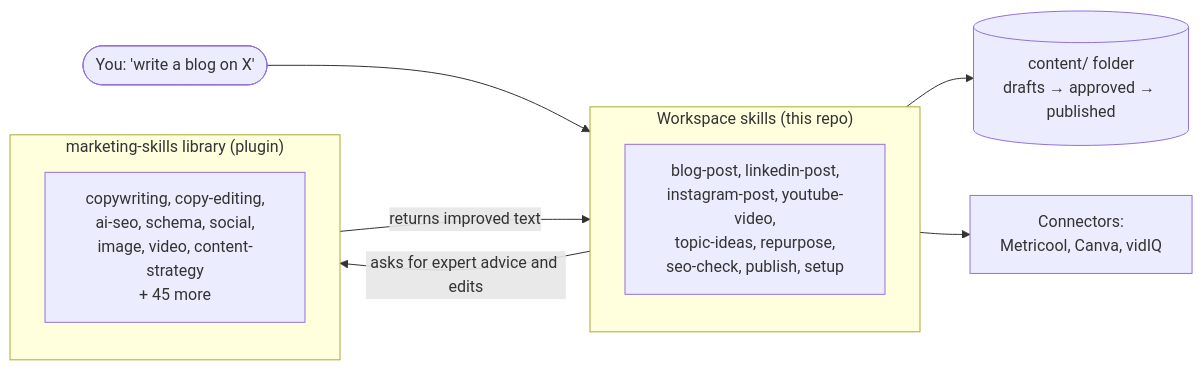
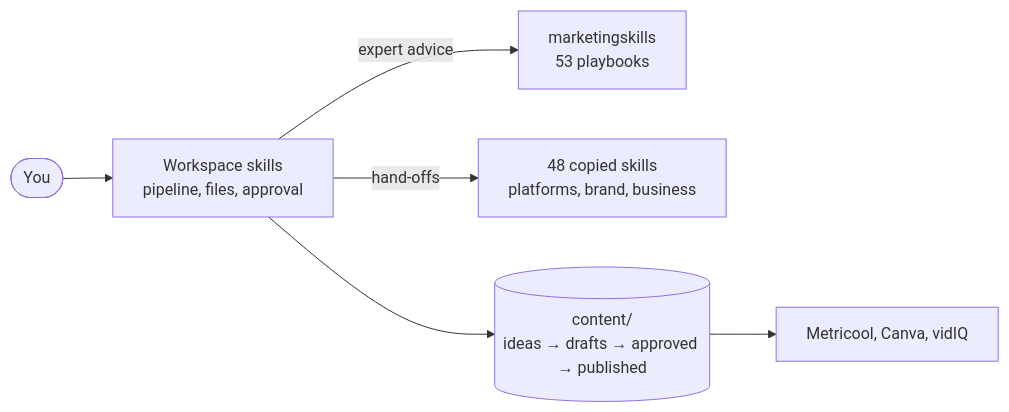
Before and after one commit to WildSyntax/ai-digital-marketing: the second of 2 diagrams in README.md, drawn with Mermaid. The commit also changed other lines of this file, not shown here.

````diff
--- a/README.md
+++ b/README.md
@@ -23,16 +250,8 @@
 ```mermaid
 flowchart LR
-    You(["You: 'write a blog on X'"]) --> WS
-    subgraph WS["Workspace skills (this repo)"]
-        direction TB
-        W1["blog-post, linkedin-post,<br/>instagram-post, youtube-video,<br/>topic-ideas, repurpose,<br/>seo-check, publish, setup"]
-    end
-    subgraph LIB["marketing-skills library (plugin)"]
-        direction TB
-        L1["copywriting, copy-editing,<br/>ai-seo, schema, social,<br/>image, video, content-strategy<br/>+ 45 more"]
-    end
-    WS -- "asks for expert advice and edits" --> LIB
-    LIB -- "returns improved text" --> WS
-    WS --> Files[("content/ folder<br/>drafts → approved → published")]
-    WS --> Conn["Connectors:<br/>Metricool, Canva, vidIQ"]
+    You(["You"]) --> WS["Workspace skills<br/>pipeline, files, approval"]
+    WS -- "expert advice" --> LIB["marketingskills<br/>53 playbooks"]
+    WS -- "hand-offs" --> VEN["48 copied skills<br/>platforms, brand, business"]
+    WS --> Q[("content/<br/>ideas → drafts → approved → published")]
+    Q --> M["Metricool, Canva, vidIQ"]
 ```
````
